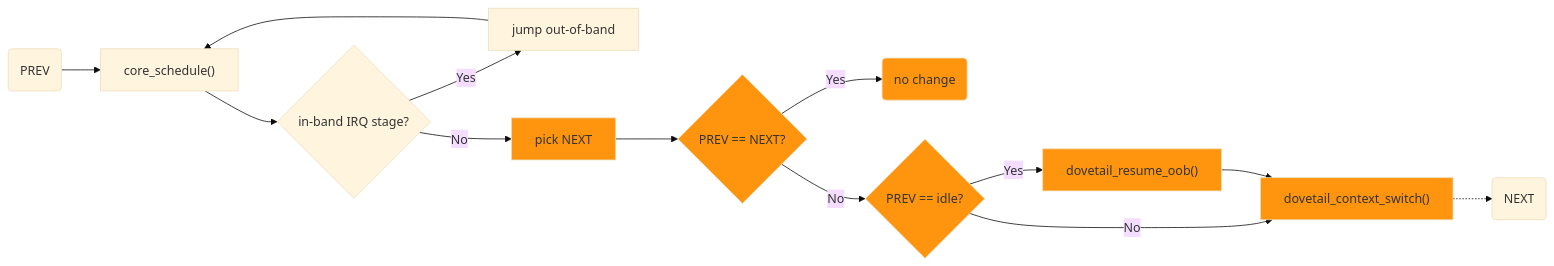
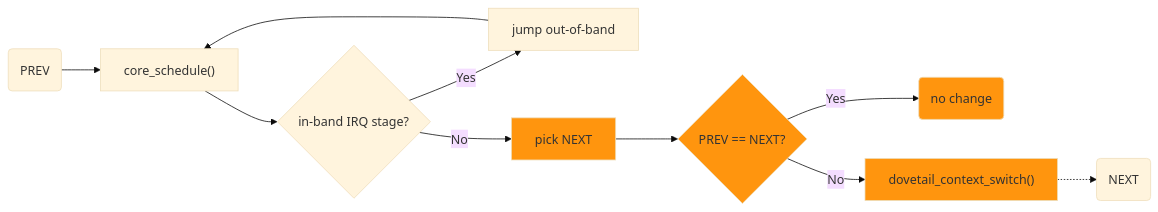
The third of 5 diagrams in content/dovetail/altsched/_index.md (The-going/evlproject), drawn with Mermaid (base theme) before and after one commit. The commit also changed other lines of this file, not shown here.

Commit message:
dovetail/altsched: update for API changes

```diff
--- a/content/dovetail/altsched/_index.md
+++ b/content/dovetail/altsched/_index.md
@@ -426,21 +426,16 @@
 {{<mermaid align="left">}}
 graph LR;
     S(PREV) --> A["core_schedule()"]
     A --> B{in-band IRQ stage?}
     B -->|Yes| D["jump out-of-band"]
     D --> A
     B -->|No| C["pick NEXT"]
     style C fill:#ff950e;
     C --> P{PREV == NEXT?}
     style P fill:#ff950e;
     P -->|Yes| Q(no change)
     style Q fill:#ff950e;
-    P -->|No| E{PREV == idle?}
-    style E fill:#ff950e;
-    E -->|Yes| F["dovetail_resume_oob()"]
-    style F fill:#ff950e;
-    E -->|No| H["dovetail_context_switch()"]
+    P -->|No| H["dovetail_context_switch()"]
     style H fill:#ff950e;
-    F --> H
     H -.-> I(NEXT)
 {{< /mermaid >}}
```
